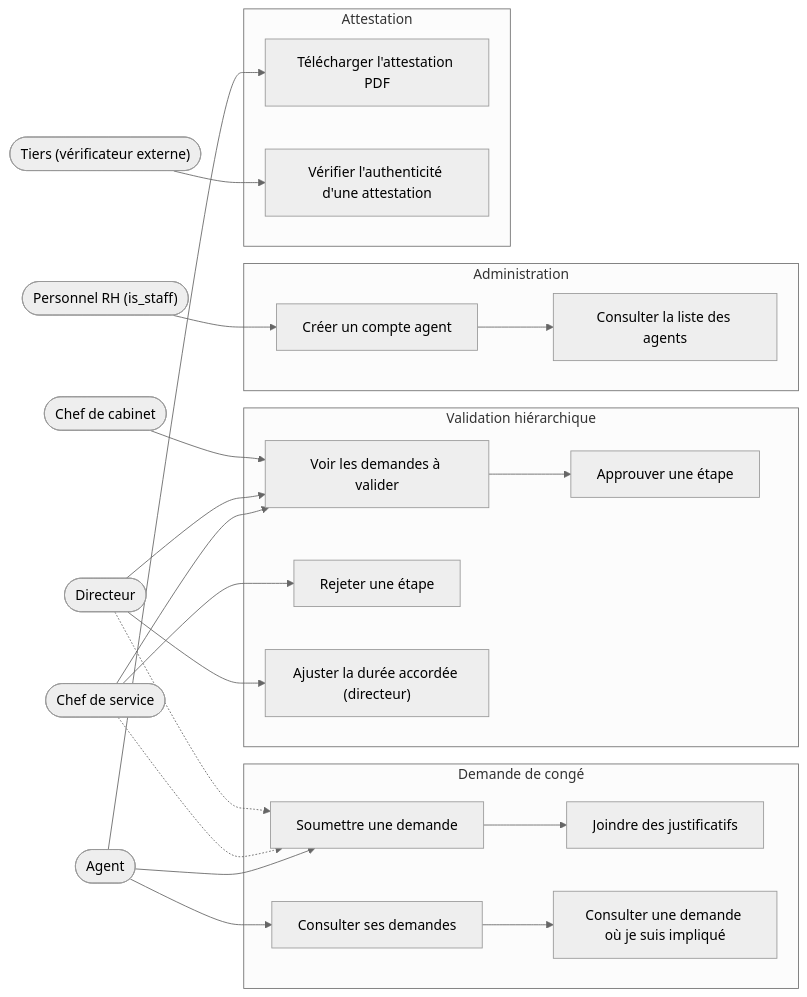
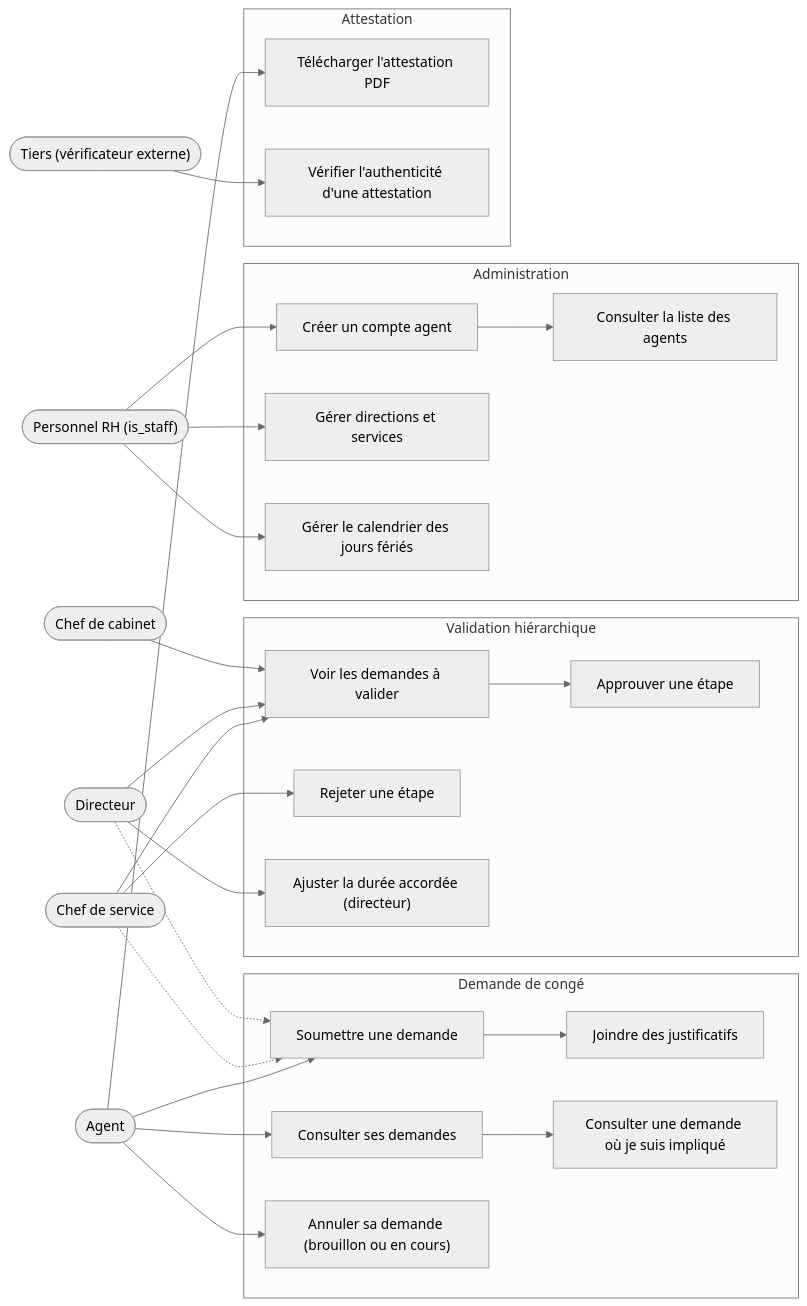
Before and after one commit to Claude20022002/EmployerManage: the first of 5 diagrams in docs/04-diagrammes-uml.md, drawn with Mermaid (neutral theme). The commit also changed other lines of this file and 25 other files, not shown here.

````diff
--- a/docs/04-diagrammes-uml.md
+++ b/docs/04-diagrammes-uml.md
@@ -7,51 +7,57 @@
 ```mermaid
 flowchart LR
     Agent(["Agent"])
     ChefService(["Chef de service"])
     Directeur(["Directeur"])
     ChefCabinet(["Chef de cabinet"])
     RH(["Personnel RH (is_staff)"])
     Public(["Tiers (vérificateur externe)"])
 
     subgraph Demande de congé
         UC1["Soumettre une demande"]
         UC2["Joindre des justificatifs"]
         UC3["Consulter ses demandes"]
         UC4["Consulter une demande où je suis impliqué"]
+        UC4b["Annuler sa demande (brouillon ou en cours)"]
     end
 
     subgraph Validation hiérarchique
         UC5["Voir les demandes à valider"]
         UC6["Approuver une étape"]
         UC7["Rejeter une étape"]
         UC8["Ajuster la durée accordée (directeur)"]
     end
 
     subgraph Administration
         UC9["Créer un compte agent"]
         UC10["Consulter la liste des agents"]
+        UC10b["Gérer directions et services"]
+        UC10c["Gérer le calendrier des jours fériés"]
     end
 
     subgraph Attestation
         UC11["Télécharger l'attestation PDF"]
         UC12["Vérifier l'authenticité d'une attestation"]
     end
 
     Agent --> UC1 --> UC2
     Agent --> UC3 --> UC4
+    Agent --> UC4b
     Agent --> UC11
 
     ChefService --> UC5 --> UC6
     ChefService --> UC7
     Directeur --> UC5
     Directeur --> UC8
     ChefCabinet --> UC5
 
     %% Un chef de service ou un directeur peut aussi être demandeur (voir circuit dynamique)
     ChefService -.-> UC1
     Directeur -.-> UC1
 
     RH --> UC9 --> UC10
+    RH --> UC10b
+    RH --> UC10c
 
     Public --> UC12
 ```
````
